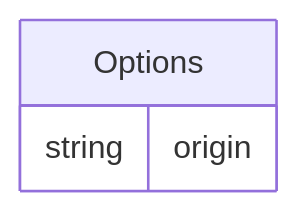
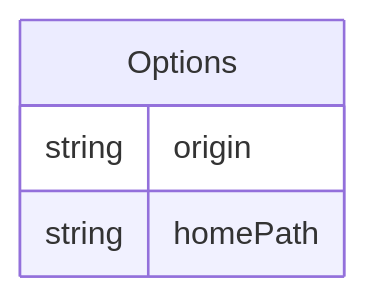
One commit to tomsdoo/selenium-pages changed the diagram in docs/md/selen/options.md. Above: the diagram before and after it, drawn with Mermaid. The commit also changed other lines of this file and 8 other files, not shown here.

First line of the commit message:
homePath is added into Selen.Options (#54)

````diff
--- a/docs/md/selen/options.md
+++ b/docs/md/selen/options.md
@@ -6,6 +6,7 @@
 ``` mermaid
 erDiagram
 Options {
   string origin
+  string homePath
 }
 ```
````
